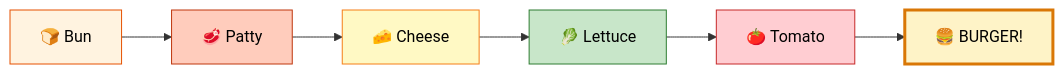
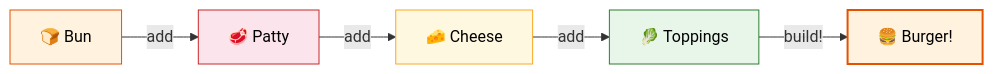
Before and after one commit to saivamsikaruturi/vamsilabs-dev-notes-main: the first of 3 diagrams in docs/designpatterns/creationalDesignPatterns/BuilderDesignPattern.md, drawn with Mermaid. The commit also changed other lines of this file and 42 other files, not shown here.

````diff
--- a/docs/designpatterns/creationalDesignPatterns/BuilderDesignPattern.md
+++ b/docs/designpatterns/creationalDesignPatterns/BuilderDesignPattern.md
@@ -10,11 +10,10 @@
 ```mermaid
 flowchart LR
-    A["🍞 Bun"] --> B["🥩 Patty"] --> C["🧀 Cheese"] --> D["🥬 Lettuce"] --> E["🍅 Tomato"] --> F["🍔 BURGER!"]
+    A["🍞 Bun"] -->|"add"| B["🥩 Patty"] -->|"add"| C["🧀 Cheese"] -->|"add"| D["🥬 Toppings"] -->|"build!"| F["🍔 Burger!"]
     
     style A fill:#FFF3E0,stroke:#E65100,color:#000
-    style B fill:#FFCCBC,stroke:#BF360C,color:#000
-    style C fill:#FFF9C4,stroke:#F57F17,color:#000
-    style D fill:#C8E6C9,stroke:#2E7D32,color:#000
-    style E fill:#FFCDD2,stroke:#C62828,color:#000
-    style F fill:#FEF3C7,stroke:#D97706,stroke-width:3px,color:#000
+    style B fill:#FCE4EC,stroke:#C62828,color:#000
+    style C fill:#FFF8E1,stroke:#F9A825,color:#000
+    style D fill:#E8F5E9,stroke:#2E7D32,color:#000
+    style F fill:#FFF3E0,stroke:#E65100,stroke-width:2px,color:#000
 ```
````
